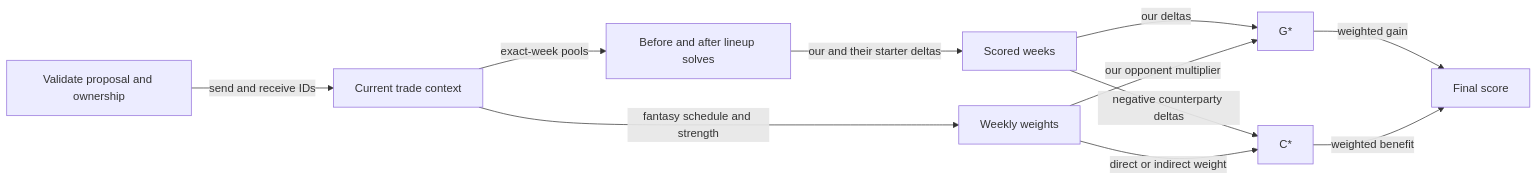
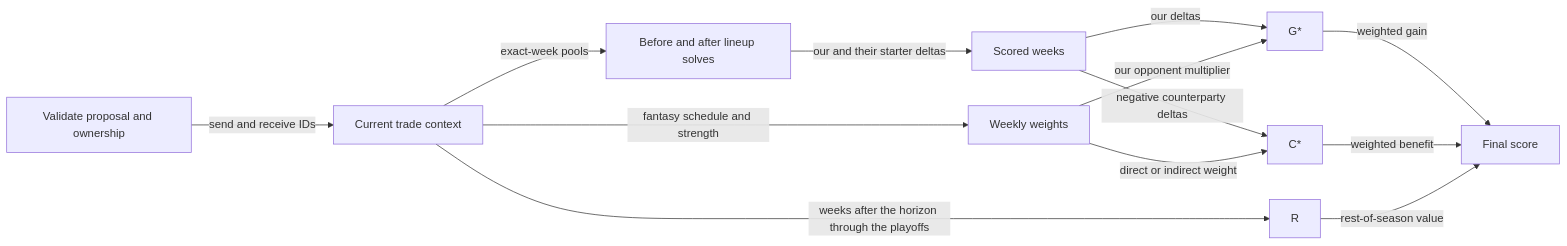
Before and after one commit to cvillarr23/fantasy-core-pipeline: the diagram in docs/decision-pipelines/trade-scoring.md, drawn with Mermaid. The commit also changed other lines of this file and 28 other files, not shown here.

First line of the commit message:
Add rest-of-season and playoff-week value to trade scoring (#328) (#459)

````diff
--- a/docs/decision-pipelines/trade-scoring.md
+++ b/docs/decision-pipelines/trade-scoring.md
@@ -9,13 +9,15 @@
 ```mermaid
 flowchart LR
     P[Validate proposal and ownership] -->|send and receive IDs| C[Current trade context]
     C -->|exact-week pools| B[Before and after lineup solves]
     B -->|our and their starter deltas| D[Scored weeks]
     C -->|fantasy schedule and strength| W[Weekly weights]
     D -->|our deltas| G[G*]
     D -->|negative counterparty deltas| I[C*]
     W -->|our opponent multiplier| G
     W -->|direct or indirect weight| I
+    C -->|weeks after the horizon through the playoffs| R[R]
     G -->|weighted gain| F[Final score]
     I -->|weighted benefit| F
+    R -->|rest-of-season value| F
 ```
````
